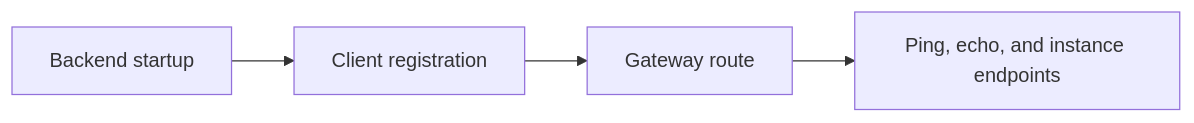
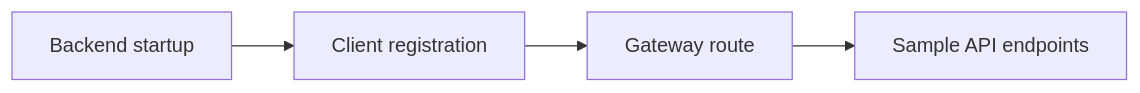
Before and after one commit to hallojoe/wafish: the diagram in samples/SampleLocalService/README.md, drawn with Mermaid. The commit also changed other lines of this file and 18 other files, not shown here.

````diff
--- a/samples/SampleLocalService/README.md
+++ b/samples/SampleLocalService/README.md
@@ -9,10 +9,10 @@
 ```mermaid
 flowchart LR
     P0["Backend startup"]
     P1["Client registration"]
     P2["Gateway route"]
-    P3["Ping, echo, and instance endpoints"]
+    P3["Sample API endpoints"]
     P0 --> P1
     P1 --> P2
     P2 --> P3
 ```
````
